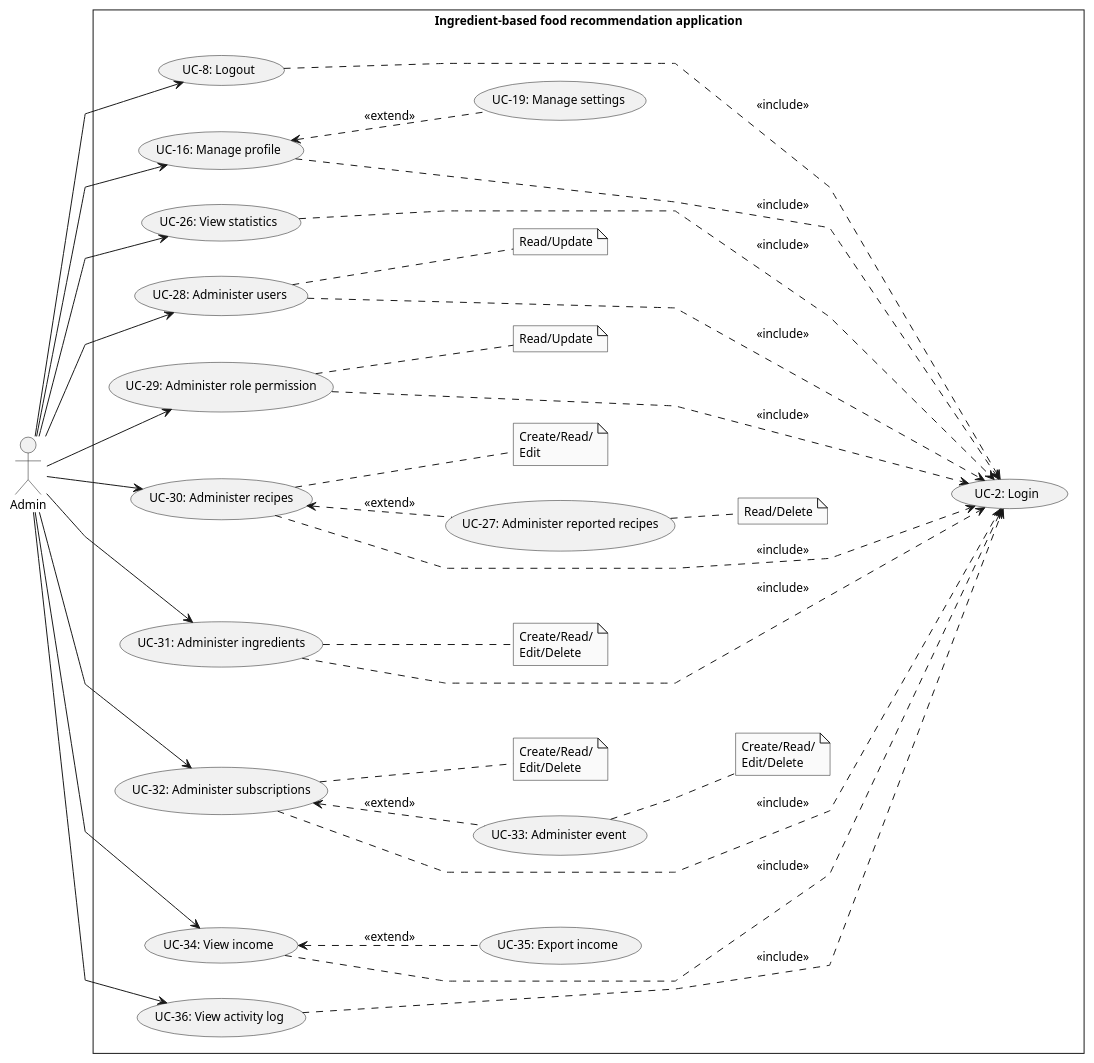
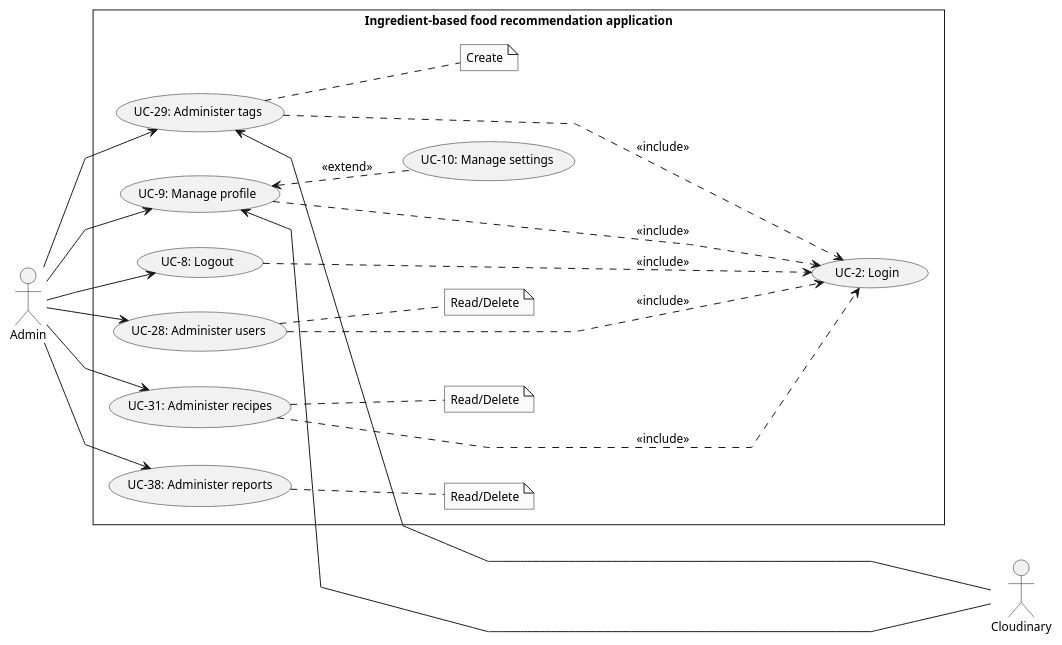
Before and after one commit to Carl-Johnsons/tastopia: the diagram in doc/SRS/Usecase/AdminUsecase/AdminUsecase.plantuml, drawn with PlantUML. The commit also changed 7 other files, not shown here.

```diff
--- a/doc/SRS/Usecase/AdminUsecase/AdminUsecase.plantuml
+++ b/doc/SRS/Usecase/AdminUsecase/AdminUsecase.plantuml
@@ -1,69 +1,47 @@
 @startuml AdminUsecase
 skinparam style strictuml
 skinparam monochrome true
 skinparam linetype polyline
 skinparam defaultFontSize 12
 left to right direction
 actor "Admin" as admin
-' actor "Admin" as admin
+actor "Cloudinary" as cl
 rectangle Ingredient-based<U+0020>food<U+0020>recommendation<U+0020>application {
     usecase "UC-2: Login" as ucLogin
     usecase "UC-8: Logout" as ucLogout
-    usecase "UC-16: Manage profile" as ucManageProfile
-    usecase "UC-19: Manage settings" as ucManageSetting
+    usecase "UC-9: Manage profile" as ucManageProfile
+    usecase "UC-10: Manage settings" as ucManageSetting
 
-    usecase "UC-26: View statistics" as ucViewStatistic
-    usecase "UC-27: Administer reported recipes" as ucAdmReportedRepices
     usecase "UC-28: Administer users" as ucAdmUser
-    usecase "UC-29: Administer role permission" as ucAdmRolePermis
-    usecase "UC-30: Administer recipes" as ucAdmRecipe
-    usecase "UC-31: Administer ingredients" as ucAdmIngre
-    usecase "UC-32: Administer subscriptions" as ucAdmSubcript
-    usecase "UC-33: Administer event" as ucAdmEvent
-    usecase "UC-34: View income" as ucViewIncome
-    usecase "UC-35: Export income" as ucExportIncome
-    usecase "UC-36: View activity log" as ucViewActivityLog
+    usecase "UC-29: Administer tags" as ucAdmTags
+    usecase "UC-31: Administer recipes" as ucAdmRecipe
+    usecase "UC-38: Administer reports" as ucAdmReport
 
-    note "Read/Update" as noteAdmUser
-    note "Create/Read/\nEdit" as noteAdmRecipe
-    note "Create/Read/\nEdit/Delete" as noteAdmIngre
-    note "Create/Read/\nEdit/Delete" as noteAdmSubcipt
-    note "Create/Read/\nEdit/Delete" as noteAdmEvent
-    note "Read/Delete" as noteAdmReportedRecipes
-    note "Read/Update" as noteAmdRolePermis
+    note "Read/Delete" as noteAdmUser
+    note "Read/Delete" as noteAdmRecipe
+    note "Create" as noteAdmTag
+    note "Read/Delete" as noteAdmReport
 
     admin --> ucAdmUser
         ucAdmUser .. noteAdmUser
     admin --> ucAdmRecipe
-        ucAdmRecipe <.. ucAdmReportedRepices : <<extend>>
-            ucAdmReportedRepices .. noteAdmReportedRecipes
         ucAdmRecipe .. noteAdmRecipe
-    admin --> ucAdmIngre
-        ucAdmIngre .. noteAdmIngre
-    admin --> ucAdmRolePermis
-        ucAdmRolePermis .. noteAmdRolePermis
-    admin --> ucAdmSubcript
-        ucAdmSubcript <.. ucAdmEvent : <<extend>>
-            ucAdmEvent .. noteAdmEvent
-        ucAdmSubcript .. noteAdmSubcipt
-    admin --> ucViewStatistic
-    admin --> ucViewIncome
-        ucViewIncome <.. ucExportIncome : <<extend>>
-    admin --> ucViewActivityLog
+    admin --> ucAdmReport
+        ucAdmReport .. noteAdmReport
+    admin --> ucAdmTags
+        ucAdmTags .. noteAdmTag
     admin --> ucManageProfile
         ucManageProfile <.. ucManageSetting: <<extend>>
     admin --> ucLogout
 
     ucLogout .....> ucLogin : <<include>>
-    ucViewStatistic .....> ucLogin : <<include>>
     ucAdmUser .....> ucLogin : <<include>>
-    ucAdmRolePermis .....> ucLogin : <<include>>
     ucAdmRecipe .....> ucLogin : <<include>>
-    ucAdmIngre .....> ucLogin : <<include>>
-    ucAdmSubcript .....> ucLogin : <<include>>
-    ucViewIncome .....> ucLogin : <<include>>
+    ucAdmTags .....> ucLogin : <<include>>
     ucManageProfile .....> ucLogin : <<include>>
-    ucViewActivityLog .....> ucLogin : <<include>>
+
+    cl --up----> ucManageProfile
+    cl --up----> ucAdmTags
 }
 
 @enduml
```
